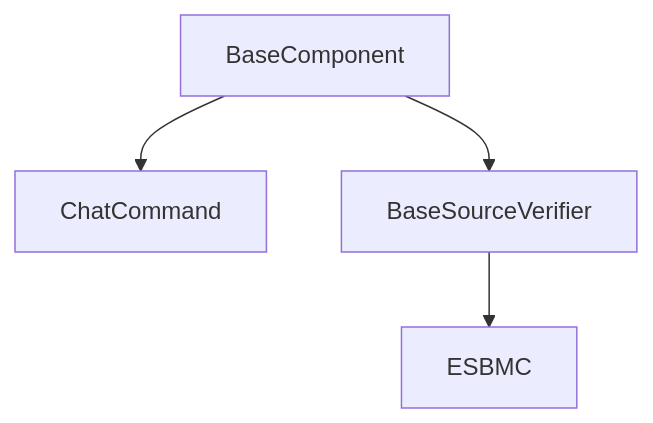
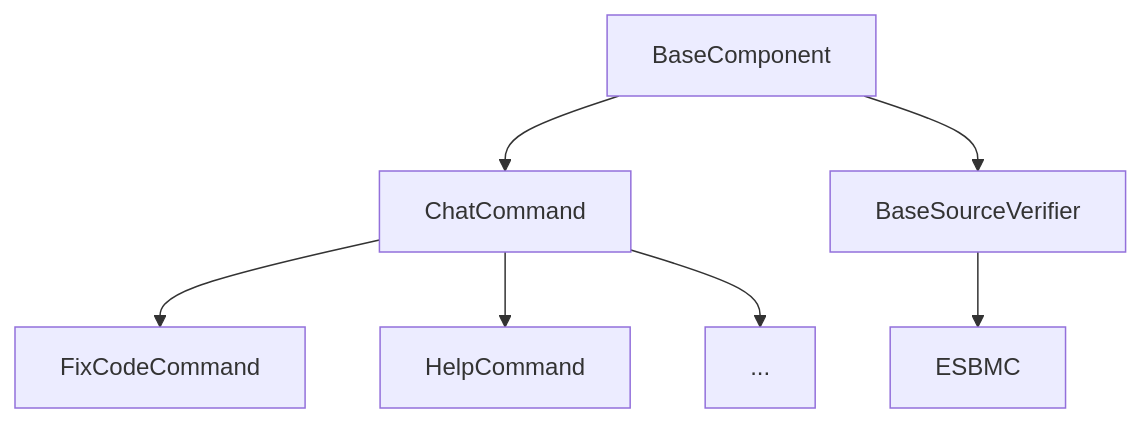
Before and after one commit to esbmc/esbmc-ai: the diagram in website/content/docs/architecture/base-component.md, drawn with Mermaid. The commit also changed other lines of this file and 6 other files, not shown here.

````diff
--- a/website/content/docs/architecture/base-component.md
+++ b/website/content/docs/architecture/base-component.md
@@ -8,6 +6,9 @@
 ```mermaid
 graph TD;
     BaseComponent-->ChatCommand;
     BaseComponent-->BaseSourceVerifier;
     BaseSourceVerifier-->ESBMC;
+    ChatCommand-->FixCodeCommand
+    ChatCommand-->HelpCommand
+    ChatCommand-->...
 ```
````
